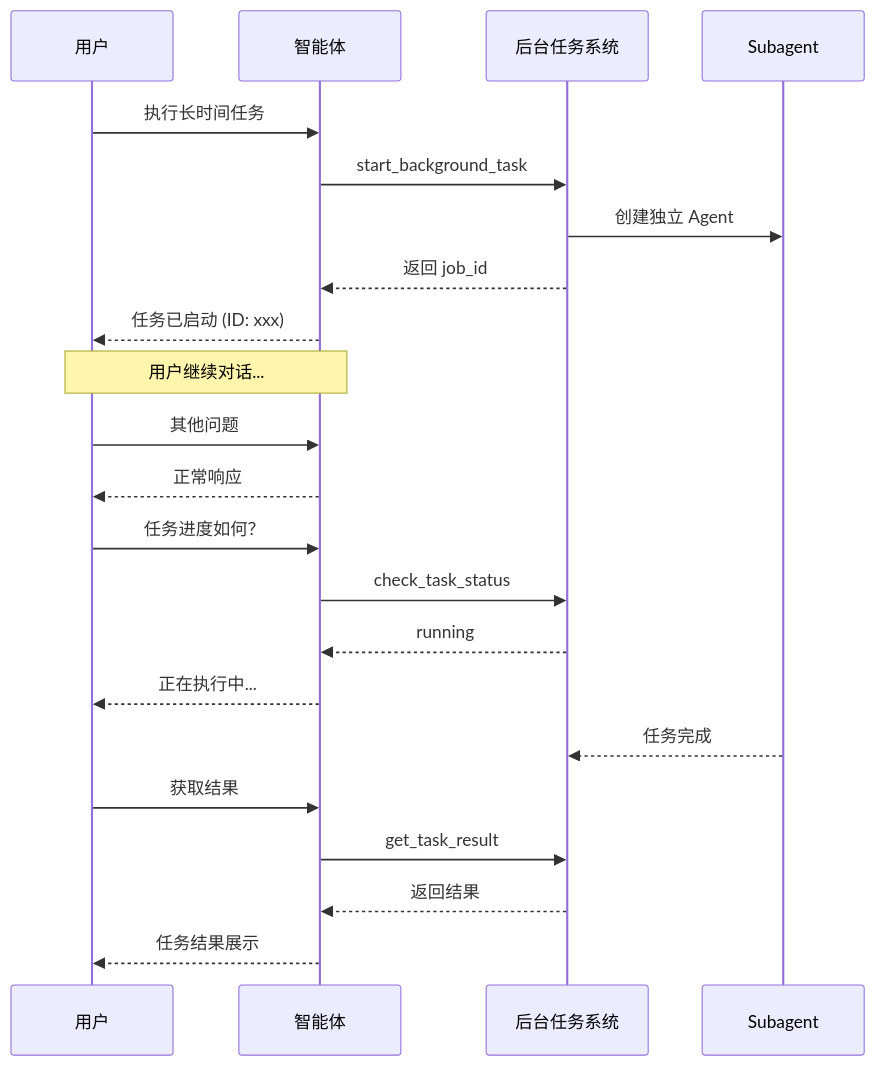
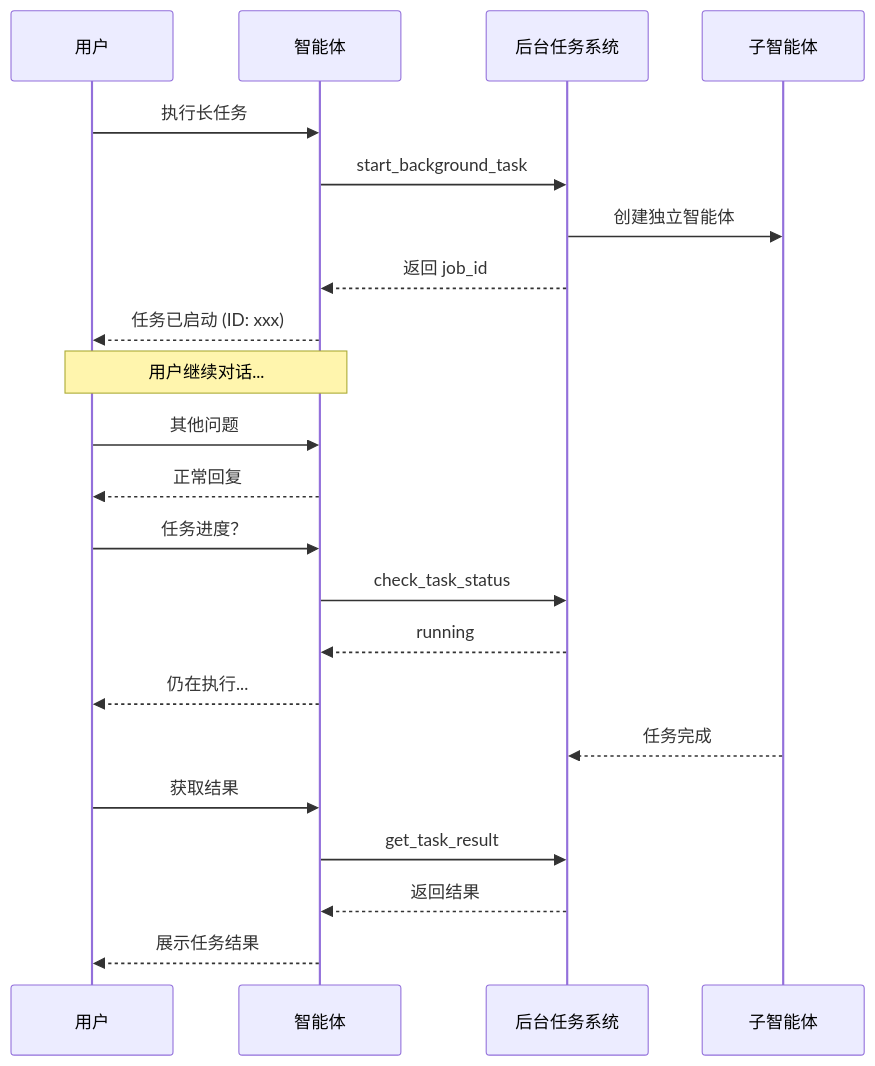
The eighth of 15 diagrams in docs/zh-CN/blog/finchbot-flexible-ai-agent-framework.md (zhangjingyuan177-hue/FinchBot), drawn with Mermaid before and after one commit. The commit also changed other lines of this file and 4 other files, not shown here.

````diff
--- a/docs/zh-CN/blog/finchbot-flexible-ai-agent-framework.md
+++ b/docs/zh-CN/blog/finchbot-flexible-ai-agent-framework.md
@@ -846,29 +399,29 @@
 ```mermaid
 sequenceDiagram
     participant U as 用户
     participant A as 智能体
     participant BG as 后台任务系统
-    participant S as Subagent
+    participant S as 子智能体
 
-    U->>A: 执行长时间任务
+    U->>A: 执行长任务
     A->>BG: start_background_task
-    BG->>S: 创建独立 Agent
+    BG->>S: 创建独立智能体
     BG-->>A: 返回 job_id
     A-->>U: 任务已启动 (ID: xxx)
     
     Note over U,A: 用户继续对话...
     
     U->>A: 其他问题
-    A-->>U: 正常响应
+    A-->>U: 正常回复
     
-    U->>A: 任务进度如何？
+    U->>A: 任务进度？
     A->>BG: check_task_status
     BG-->>A: running
-    A-->>U: 正在执行中...
+    A-->>U: 仍在执行...
     
     S-->>BG: 任务完成
     U->>A: 获取结果
     A->>BG: get_task_result
     BG-->>A: 返回结果
-    A-->>U: 任务结果展示
+    A-->>U: 展示任务结果
 ```
````
